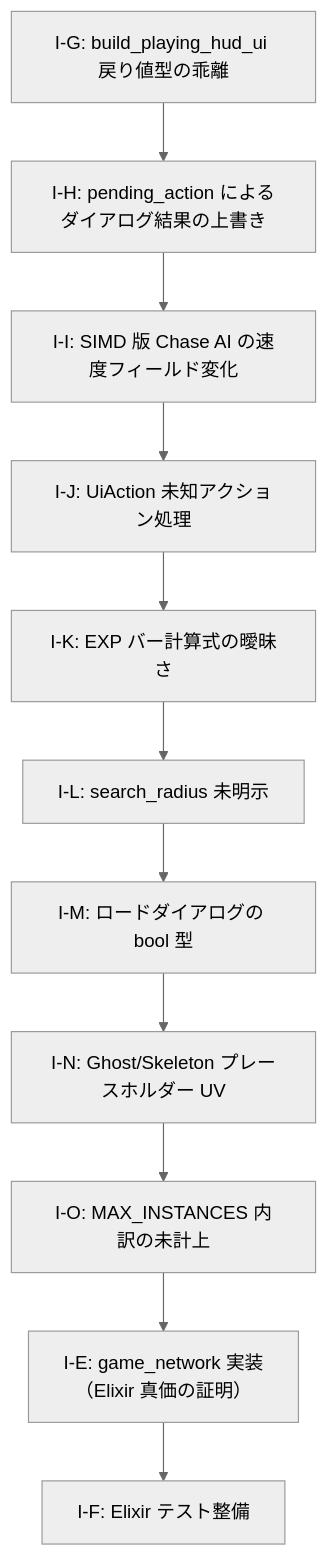
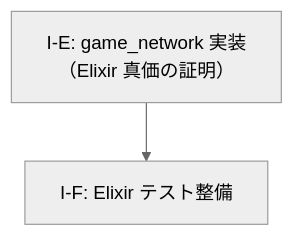
Before and after one commit to FRICK-ELDY/alchemy-engine: the diagram in docs/improvement-plan.md, drawn with Mermaid (neutral theme). The commit also changed other lines of this file and 4 other files, not shown here.

````diff
--- a/docs/improvement-plan.md
+++ b/docs/improvement-plan.md
@@ -244,25 +69,7 @@
 ```mermaid
 graph TD
-    IG["I-G: build_playing_hud_ui 戻り値型の乖離"]
-    IH["I-H: pending_action によるダイアログ結果の上書き"]
-    II["I-I: SIMD 版 Chase AI の速度フィールド変化"]
-    IJ["I-J: UiAction 未知アクション処理"]
-    IK["I-K: EXP バー計算式の曖昧さ"]
-    IL["I-L: search_radius 未明示"]
-    IM["I-M: ロードダイアログの bool 型"]
-    IN["I-N: Ghost/Skeleton プレースホルダー UV"]
-    IO["I-O: MAX_INSTANCES 内訳の未計上"]
     IE["I-E: game_network 実装\n（Elixir 真価の証明）"]
     IF["I-F: Elixir テスト整備"]
 
-    IG --> IH
-    IH --> II
-    II --> IJ
-    IJ --> IK
-    IK --> IL
-    IL --> IM
-    IM --> IN
-    IN --> IO
-    IO --> IE
     IE --> IF
 ```
````
